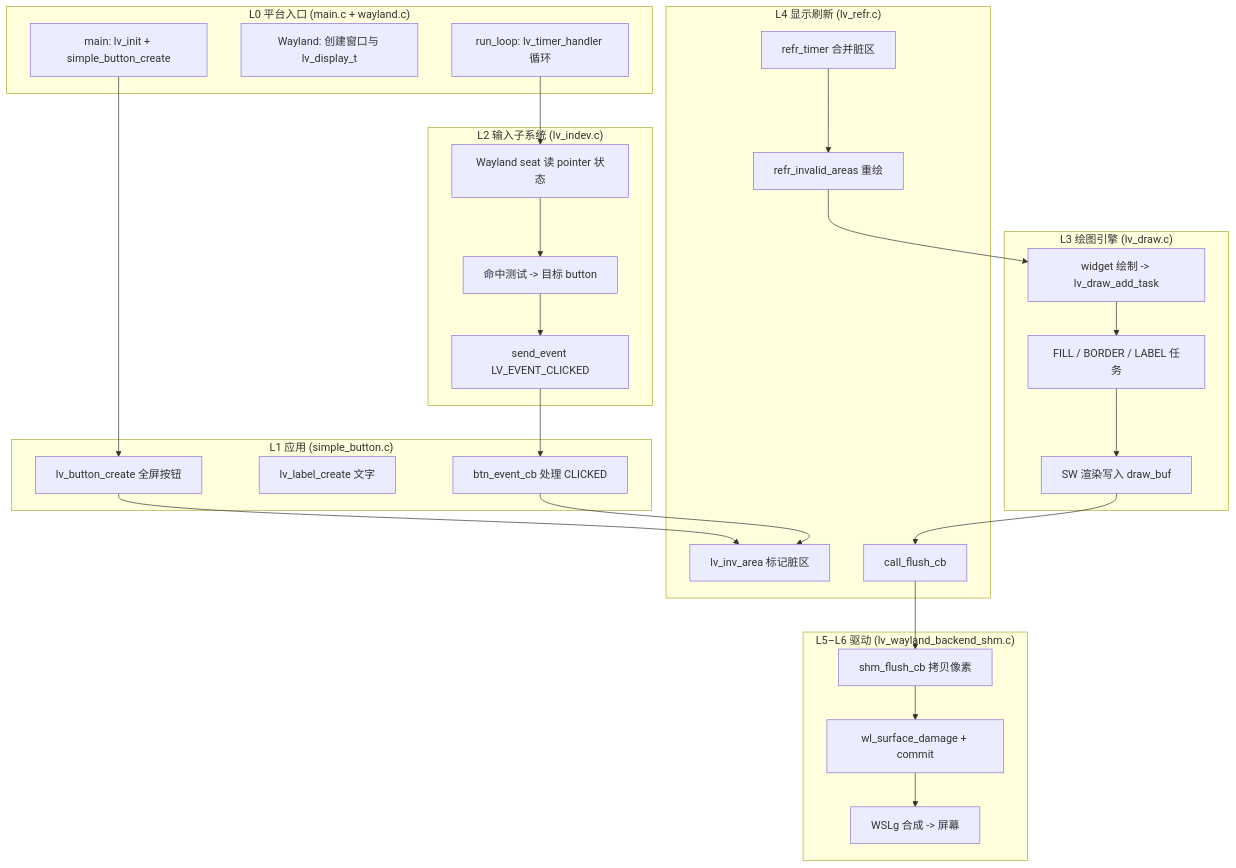
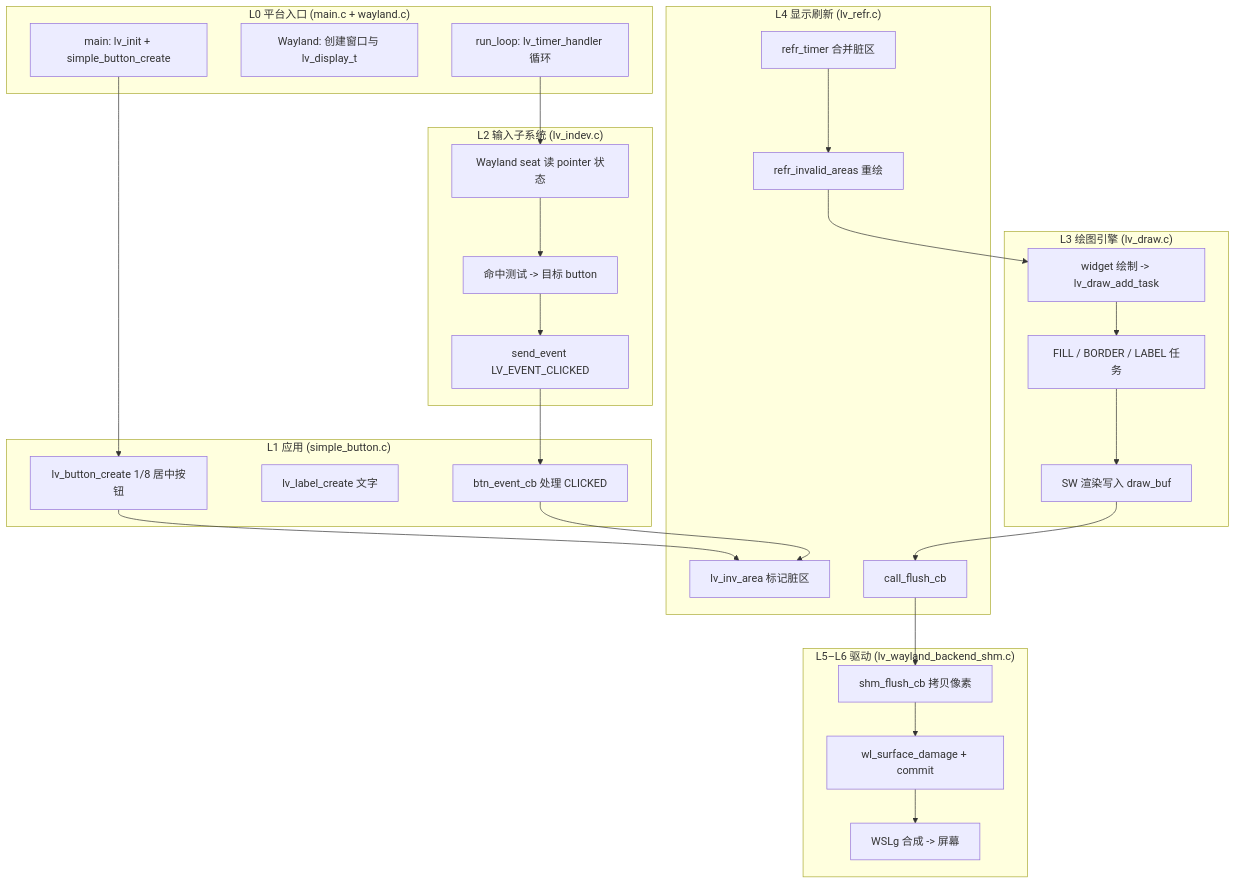
The second of 3 diagrams in docs/simple_button_guide.md (ganzhong007/lv_port_linux), drawn with Mermaid before and after one commit. The commit also changed other lines of this file, not shown here.

First line of the commit message:
docs: reorganize screenshot placement in simple button guide

````diff
--- a/docs/simple_button_guide.md
+++ b/docs/simple_button_guide.md
@@ -222,46 +213,46 @@
 ```mermaid
 flowchart TB
     subgraph L0["L0 平台入口 (main.c + wayland.c)"]
         A1[main: lv_init + simple_button_create]
         A2[Wayland: 创建窗口与 lv_display_t]
         A3[run_loop: lv_timer_handler 循环]
     end
 
     subgraph L1["L1 应用 (simple_button.c)"]
-        B1[lv_button_create 全屏按钮]
+        B1[lv_button_create 1/8 居中按钮]
         B2[lv_label_create 文字]
         B3[btn_event_cb 处理 CLICKED]
     end
 
     subgraph L2["L2 输入子系统 (lv_indev.c)"]
         C1[Wayland seat 读 pointer 状态]
         C2[命中测试 -> 目标 button]
         C3[send_event LV_EVENT_CLICKED]
     end
 
     subgraph L3["L3 绘图引擎 (lv_draw.c)"]
         D1[widget 绘制 -> lv_draw_add_task]
         D2[FILL / BORDER / LABEL 任务]
         D3[SW 渲染写入 draw_buf]
     end
 
     subgraph L4["L4 显示刷新 (lv_refr.c)"]
         E1[lv_inv_area 标记脏区]
         E2[refr_timer 合并脏区]
         E3[refr_invalid_areas 重绘]
         E4[call_flush_cb]
     end
 
     subgraph L5["L5–L6 驱动 (lv_wayland_backend_shm.c)"]
         F1[shm_flush_cb 拷贝像素]
         F2[wl_surface_damage + commit]
         F3[WSLg 合成 -> 屏幕]
     end
 
     A1 --> B1
     B1 --> E1
     A3 --> C1
     C1 --> C2 --> C3 --> B3
     B3 --> E1
     E2 --> E3 --> D1 --> D2 --> D3 --> E4 --> F1 --> F2 --> F3
 ```
````
